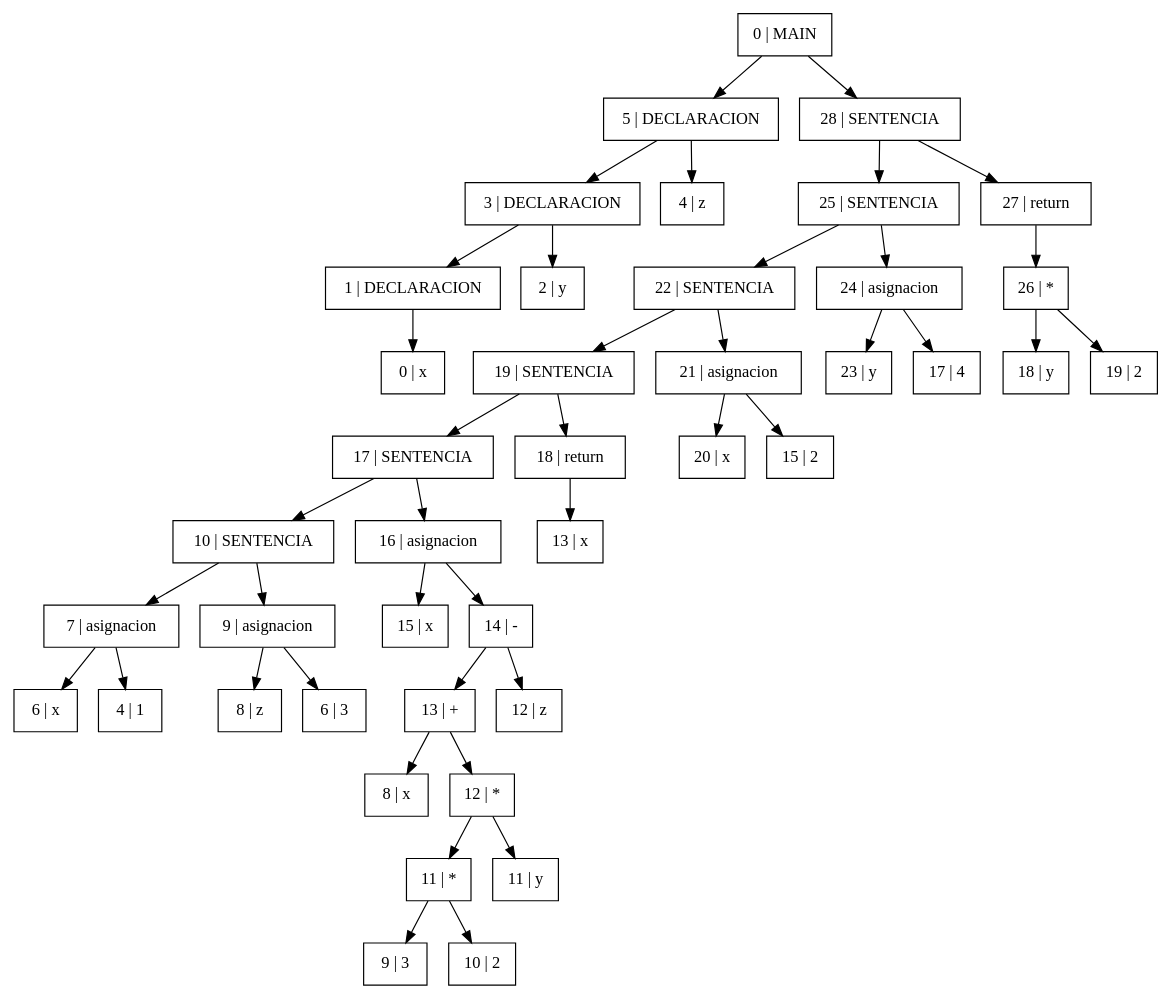
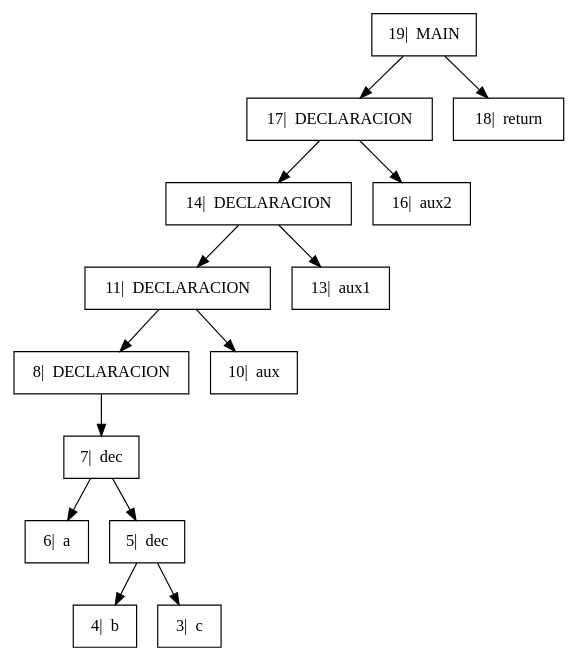
Before and after one commit to GiovA07/PRE-PROYECTO-COMPILADORES: the diagram in Proyecto/Arbol.dot, drawn with Graphviz. The commit also changed 12 other files, not shown here.

```diff
--- a/Proyecto/Arbol.dot
+++ b/Proyecto/Arbol.dot
@@ -1,28 +1,13 @@
 digraph{
 
 rankdir=TB;
 
 node[shape=box];
-"0 | MAIN" -> "5 | DECLARACION", "28 | SENTENCIA";
-"5 | DECLARACION" -> "3 | DECLARACION", "4 | z";
-"3 | DECLARACION" -> "1 | DECLARACION", "2 | y";
-"1 | DECLARACION" -> "0 | x" ;
-"28 | SENTENCIA" -> "25 | SENTENCIA", "27 | return";
-"25 | SENTENCIA" -> "22 | SENTENCIA", "24 | asignacion";
-"22 | SENTENCIA" -> "19 | SENTENCIA", "21 | asignacion";
-"19 | SENTENCIA" -> "17 | SENTENCIA", "18 | return";
-"17 | SENTENCIA" -> "10 | SENTENCIA", "16 | asignacion";
-"10 | SENTENCIA" -> "7 | asignacion", "9 | asignacion";
-"7 | asignacion" -> "6 | x", "4 | 1";
-"9 | asignacion" -> "8 | z", "6 | 3";
-"16 | asignacion" -> "15 | x", "14 | -";
-"14 | -" -> "13 | +", "12 | z";
-"13 | +" -> "8 | x", "12 | *";
-"12 | *" -> "11 | *", "11 | y";
-"11 | *" -> "9 | 3", "10 | 2";
-"18 | return" -> "13 | x" ;
-"21 | asignacion" -> "20 | x", "15 | 2";
-"24 | asignacion" -> "23 | y", "17 | 4";
-"27 | return" -> "26 | *" ;
-"26 | *" -> "18 | y", "19 | 2";
+"19|  MAIN" -> "17|  DECLARACION", "18|  return";
+"17|  DECLARACION" -> "14|  DECLARACION", "16|  aux2";
+"14|  DECLARACION" -> "11|  DECLARACION", "13|  aux1";
+"11|  DECLARACION" -> "8|  DECLARACION", "10|  aux";
+"8|  DECLARACION" -> "7|  dec" ;
+"7|  dec" -> "6|  a", "5|  dec";
+"5|  dec" -> "4|  b", "3|  c";
 }
```
